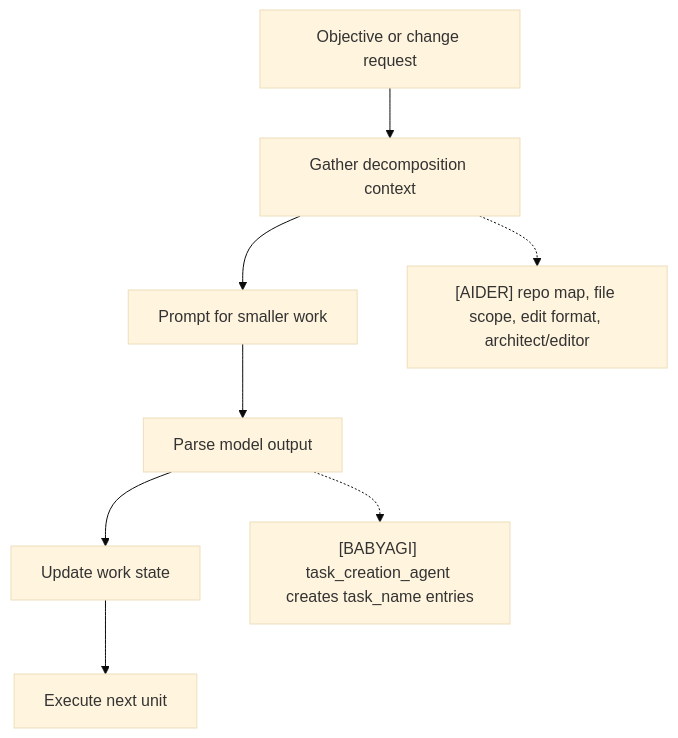
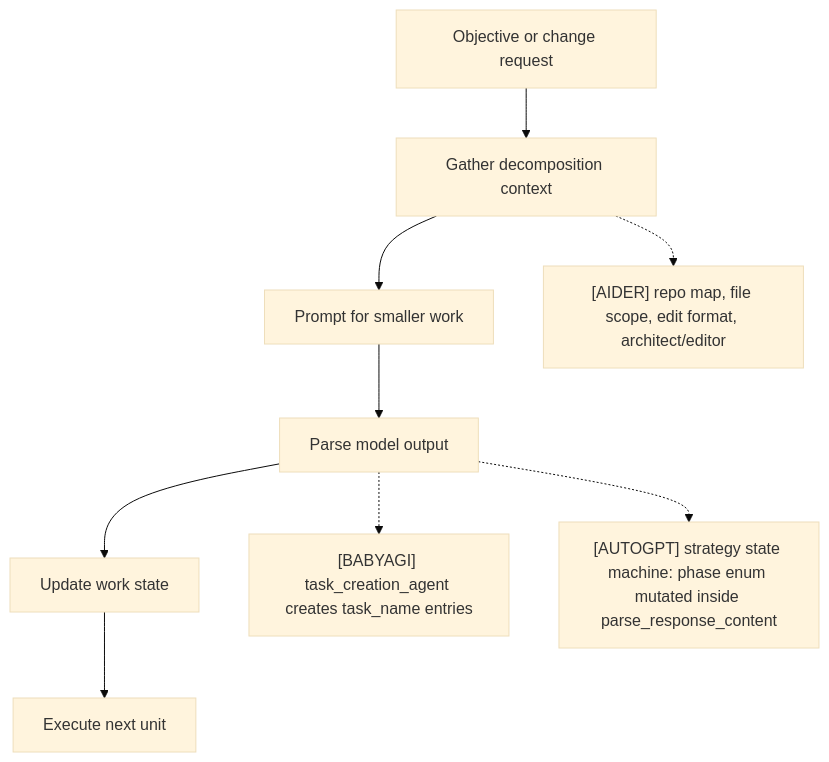
One commit to deepakdgupta1/agent changed the first of 4 diagrams in docs/02_cognition/task_decomposition.md. Above: the diagram before and after it, drawn with Mermaid (base theme). The commit also changed other lines of this file and 14 other files, not shown here.

Commit message:
refactor: consolidate interactive mode components, improve extension architecture, and enhance test infrastructure across the codebase.

````diff
--- a/docs/02_cognition/task_decomposition.md
+++ b/docs/02_cognition/task_decomposition.md
@@ -32,16 +43,18 @@
 ```mermaid
 flowchart TD
     Objective[Objective or change request]
     Context[Gather decomposition context]
     Prompt[Prompt for smaller work]
     Parse[Parse model output]
     Update[Update work state]
     Execute[Execute next unit]
 
     Objective --> Context --> Prompt --> Parse --> Update --> Execute
 
     Aider["[AIDER] repo map, file scope, edit format, architect/editor"]
     Baby["[BABYAGI] task_creation_agent creates task_name entries"]
+    AutoGPT["[AUTOGPT] strategy state machine: phase enum mutated inside parse_response_content"]
     Context -.-> Aider
     Parse -.-> Baby
+    Parse -.-> AutoGPT
 ```
````
